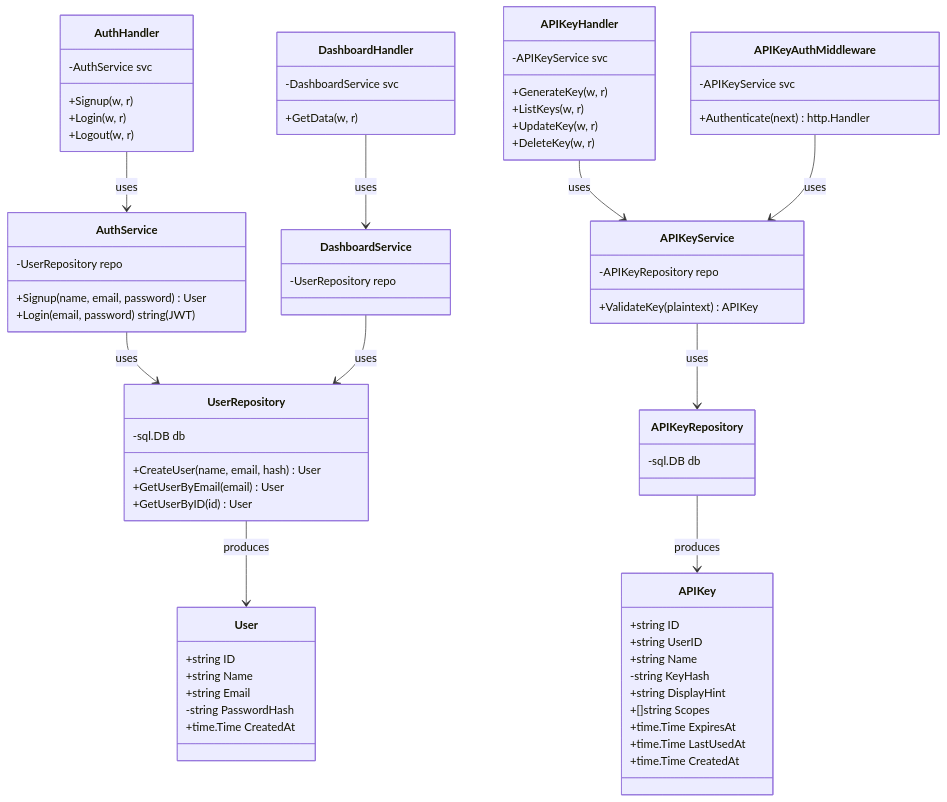
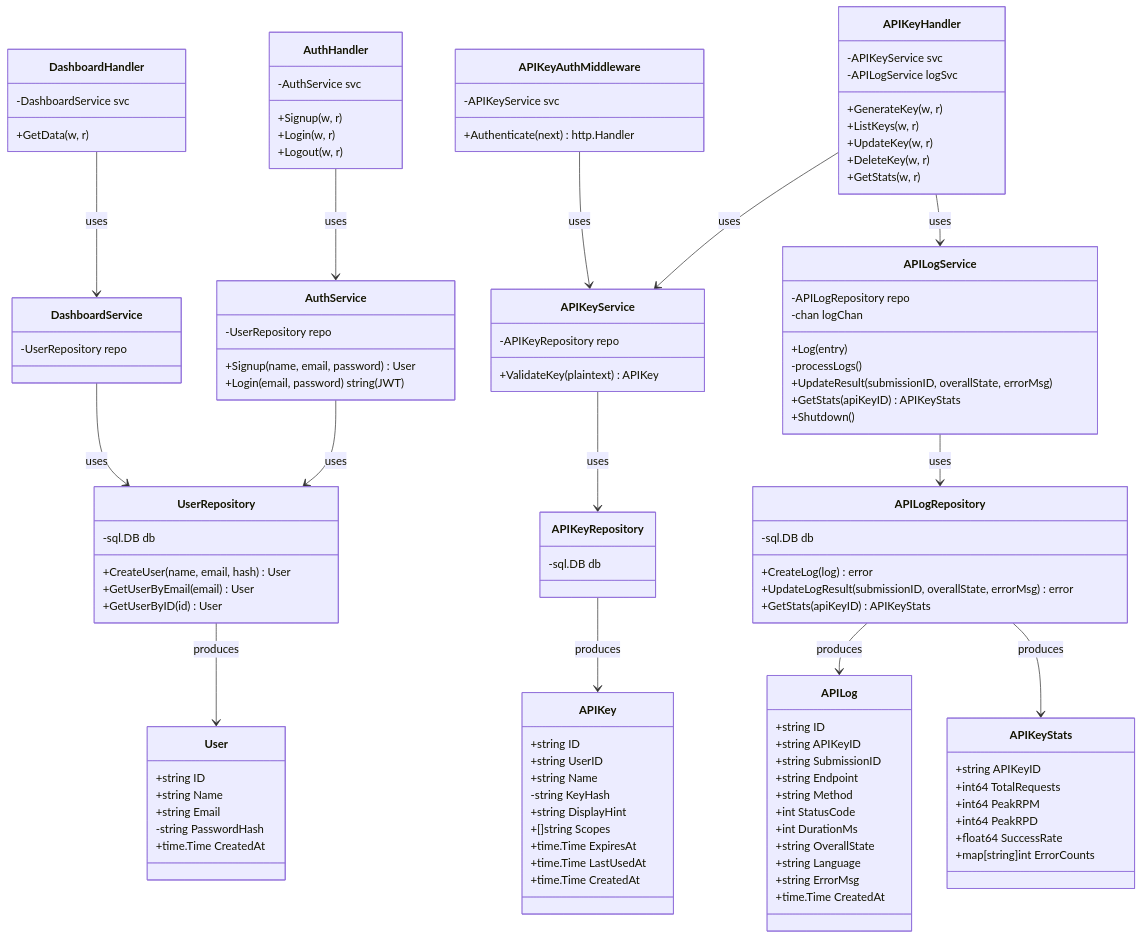
The second of 2 diagrams in Diagrams/01_class_diagram.md (Smanikanta21/velox), drawn with Mermaid before and after one commit. The commit also changed other lines of this file and 6 other files, not shown here.

Commit message:
docs: add api logs

````diff
--- a/Diagrams/01_class_diagram.md
+++ b/Diagrams/01_class_diagram.md
@@ -210,6 +215,29 @@
         +time.Time CreatedAt
     }
 
+    class APILog {
+        +string ID
+        +string APIKeyID
+        +string SubmissionID
+        +string Endpoint
+        +string Method
+        +int StatusCode
+        +int DurationMs
+        +string OverallState
+        +string Language
+        +string ErrorMsg
+        +time.Time CreatedAt
+    }
+
+    class APIKeyStats {
+        +string APIKeyID
+        +int64 TotalRequests
+        +int64 PeakRPM
+        +int64 PeakRPD
+        +float64 SuccessRate
+        +map[string]int ErrorCounts
+    }
+
     class UserRepository {
         -sql.DB db
         +CreateUser(name, email, hash) User
@@ -219,6 +247,13 @@
 
     class APIKeyRepository {
         -sql.DB db
+    }
+
+    class APILogRepository {
+        -sql.DB db
+        +CreateLog(log) error
+        +UpdateLogResult(submissionID, overallState, errorMsg) error
+        +GetStats(apiKeyID) APIKeyStats
     }
 
     class AuthService {
@@ -236,6 +271,16 @@
         +ValidateKey(plaintext) APIKey
     }
 
+    class APILogService {
+        -APILogRepository repo
+        -chan logChan
+        +Log(entry)
+        -processLogs()
+        +UpdateResult(submissionID, overallState, errorMsg)
+        +GetStats(apiKeyID) APIKeyStats
+        +Shutdown()
+    }
+
     class AuthHandler {
         -AuthService svc
         +Signup(w, r)
@@ -250,10 +295,12 @@
 
     class APIKeyHandler {
         -APIKeyService svc
+        -APILogService logSvc
         +GenerateKey(w, r)
         +ListKeys(w, r)
         +UpdateKey(w, r)
         +DeleteKey(w, r)
+        +GetStats(w, r)
     }
 
     class APIKeyAuthMiddleware {
@@ -264,15 +311,19 @@
     %% Repository Pattern
     UserRepository --> User : produces
     APIKeyRepository --> APIKey : produces
+    APILogRepository --> APILog : produces
+    APILogRepository --> APIKeyStats : produces
 
     %% Service Layer Pattern
     AuthService --> UserRepository : uses
     DashboardService --> UserRepository : uses
     APIKeyService --> APIKeyRepository : uses
+    APILogService --> APILogRepository : uses
 
     %% Handler (Controller) Layer
     AuthHandler --> AuthService : uses
     DashboardHandler --> DashboardService : uses
     APIKeyHandler --> APIKeyService : uses
+    APIKeyHandler --> APILogService : uses
     APIKeyAuthMiddleware --> APIKeyService : uses
 ```
````
